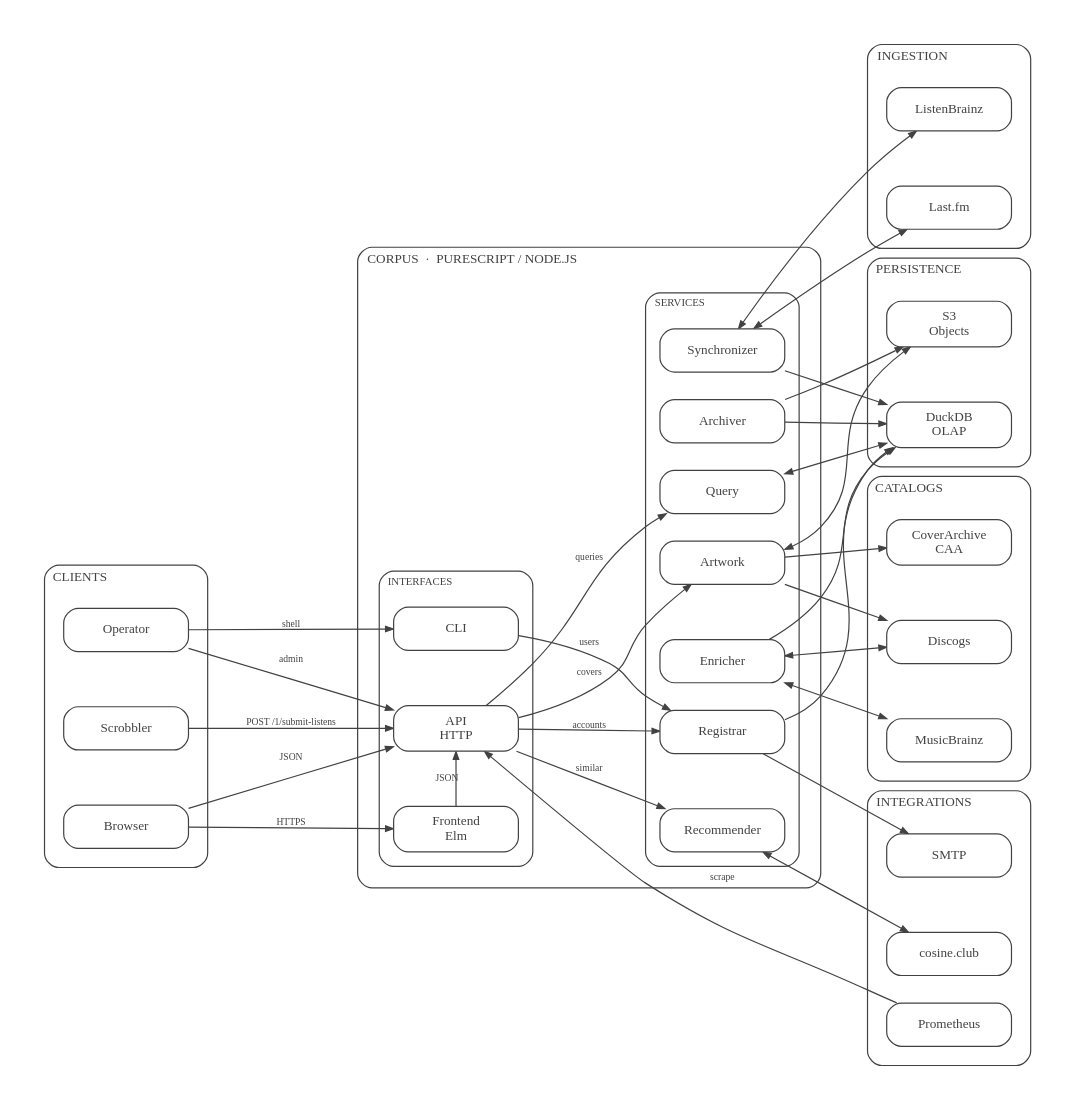
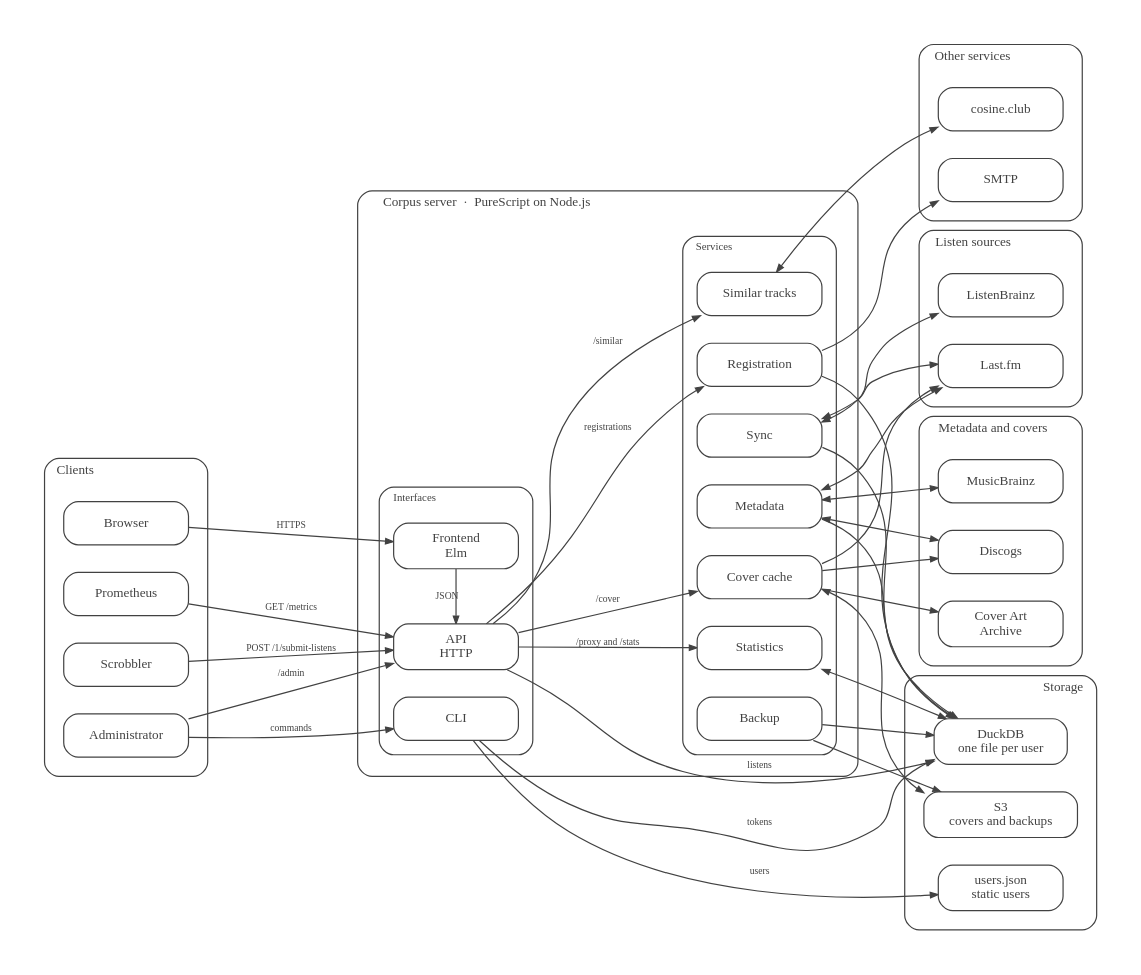
The diagram in docs/architecture.dot (mtmn/corpus), drawn with Graphviz before and after one commit. The commit also changed 7 other files, not shown here.

```diff
--- a/docs/architecture.dot
+++ b/docs/architecture.dot
@@ -36,7 +36,7 @@
     ]
 
     subgraph cluster_clients {
-        label="CLIENTS"
+        label="Clients"
         labelloc=t
         labeljust=l
         style="rounded,filled"
@@ -48,13 +48,13 @@
 
         Browser
         Scrobbler
-        Operator
-        { rank=same; Browser; Scrobbler; Operator }
-        Browser -> Scrobbler -> Operator [style=invis, weight=30]
+        Operator [label="Administrator"]
+        Prometheus
+        { rank=same; Browser; Scrobbler; Operator; Prometheus }
     }
 
     subgraph cluster_corpus {
-        label="CORPUS  ·  PURESCRIPT / NODE.JS"
+        label="Corpus server  ·  PureScript on Node.js"
         labelloc=t
         labeljust=l
         style="rounded,filled"
@@ -65,7 +65,7 @@
         margin=18
 
         subgraph cluster_interfaces {
-            label="INTERFACES"
+            label="Interfaces"
             labelloc=t
             labeljust=l
             style="rounded,filled"
@@ -79,11 +79,10 @@
             API [label="API\nHTTP"]
             CLI
             { rank=same; Frontend; API; CLI }
-            Frontend -> API -> CLI [style=invis, weight=30]
         }
 
         subgraph cluster_services {
-            label="SERVICES"
+            label="Services"
             labelloc=t
             labeljust=l
             style="rounded,filled"
@@ -93,37 +92,19 @@
             fontsize=9
             margin=12
 
-            Synchronizer
-            Query
-            Enricher
-            Artwork
-            Recommender
-            Registrar
-            Archiver
-            { rank=same; Synchronizer; Query; Enricher; Artwork; Recommender; Registrar; Archiver }
-            Synchronizer -> Query -> Enricher -> Artwork -> Recommender -> Registrar -> Archiver [style=invis, weight=30]
+            Synchronizer [label="Sync"]
+            Enricher [label="Metadata"]
+            Artwork [label="Cover cache"]
+            Query [label="Statistics"]
+            Archiver [label="Backup"]
+            Registrar [label="Registration"]
+            Recommender [label="Similar tracks"]
+            { rank=same; Synchronizer; Enricher; Artwork; Query; Archiver; Registrar; Recommender }
         }
     }
 
-    subgraph cluster_persistence {
-        label="PERSISTENCE"
-        labelloc=t
-        labeljust=l
-        style="rounded,filled"
-        color="#424242"
-        fillcolor="#ffffff"
-        fontcolor="#424242"
-        fontsize=11
-        margin=16
-
-        DuckDB [label="DuckDB\nOLAP"]
-        S3 [label="S3\nObjects"]
-        { rank=same; DuckDB; S3 }
-        DuckDB -> S3 [style=invis, weight=30]
-    }
-
     subgraph cluster_ingestion {
-        label="INGESTION"
+        label="Listen sources"
         labelloc=t
         labeljust=l
         style="rounded,filled"
@@ -136,11 +117,10 @@
         ListenBrainz
         LastFM [label="Last.fm"]
         { rank=same; ListenBrainz; LastFM }
-        ListenBrainz -> LastFM [style=invis, weight=30]
     }
 
     subgraph cluster_catalogs {
-        label="CATALOGS"
+        label="Metadata and covers"
         labelloc=t
         labeljust=l
         style="rounded,filled"
@@ -152,13 +132,29 @@
 
         MusicBrainz
         Discogs
-        CoverArchive [label="CoverArchive\nCAA"]
+        CoverArchive [label="Cover Art\nArchive"]
         { rank=same; MusicBrainz; Discogs; CoverArchive }
-        MusicBrainz -> Discogs -> CoverArchive [style=invis, weight=30]
+    }
+
+    subgraph cluster_persistence {
+        label="Storage"
+        labelloc=t
+        labeljust=r
+        style="rounded,filled"
+        color="#424242"
+        fillcolor="#ffffff"
+        fontcolor="#424242"
+        fontsize=11
+        margin=16
+
+        DuckDB [label="DuckDB\none file per user"]
+        S3 [label="S3\ncovers and backups"]
+        Users [label="users.json\nstatic users"]
+        { rank=same; DuckDB; S3; Users }
     }
 
     subgraph cluster_integrations {
-        label="INTEGRATIONS"
+        label="Other services"
         labelloc=t
         labeljust=l
         style="rounded,filled"
@@ -170,40 +166,41 @@
 
         Cosine [label="cosine.club"]
         SMTP
-        Prometheus
-        { rank=same; Cosine; SMTP; Prometheus }
-        Cosine -> SMTP -> Prometheus [style=invis, weight=30]
+        { rank=same; Cosine; SMTP }
     }
 
     Browser -> Frontend [label="HTTPS"]
-    Browser -> API [label="JSON"]
     Scrobbler -> API [label="POST /1/submit-listens"]
-    Operator -> API [label="admin"]
-    Operator -> CLI [label="shell"]
-    Frontend -> API [label="JSON", constraint=false]
+    Operator -> API [label="/admin"]
+    Operator -> CLI [label="commands"]
+    Prometheus -> API [label="GET /metrics"]
+    Frontend -> API [label="JSON"]
 
-    API -> Query [label="queries"]
-    API -> Artwork [label="covers"]
-    API -> Recommender [label="similar"]
-    API -> Registrar [label="accounts"]
-    CLI -> Registrar [label="users"]
+    API -> Query [label="/proxy and /stats"]
+    API -> Artwork [label="/cover"]
+    API -> Recommender [label="/similar"]
+    API -> Registrar [label="registrations"]
+    API -> DuckDB [label="listens"]
+    CLI -> Users [label="users"]
+    CLI -> DuckDB [label="tokens"]
 
     Synchronizer -> ListenBrainz [dir=both]
     Synchronizer -> LastFM [dir=both]
     Synchronizer -> DuckDB
-    Query -> DuckDB [dir=both]
     Enricher -> MusicBrainz [dir=both]
     Enricher -> Discogs [dir=both]
+    Enricher -> LastFM [dir=both]
     Enricher -> DuckDB
     Artwork -> CoverArchive
     Artwork -> Discogs
+    Artwork -> LastFM
     Artwork -> S3 [dir=both]
-    Recommender -> Cosine [dir=both]
+    Query -> DuckDB [dir=both]
+    Archiver -> DuckDB
+    Archiver -> S3
     Registrar -> DuckDB
     Registrar -> SMTP
-    Archiver -> DuckDB
-    Archiver -> S3
-    Prometheus -> API [label="scrape"]
+    Recommender -> Cosine [dir=both]
 
-    { rank=same; DuckDB; S3; ListenBrainz; LastFM; MusicBrainz; Discogs; CoverArchive; Cosine; SMTP; Prometheus }
+    { rank=same; ListenBrainz; LastFM; MusicBrainz; Discogs; CoverArchive; DuckDB; S3; Users; Cosine; SMTP }
 }
```
